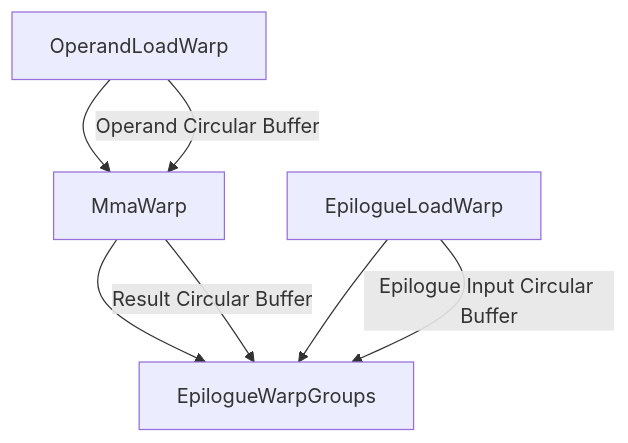
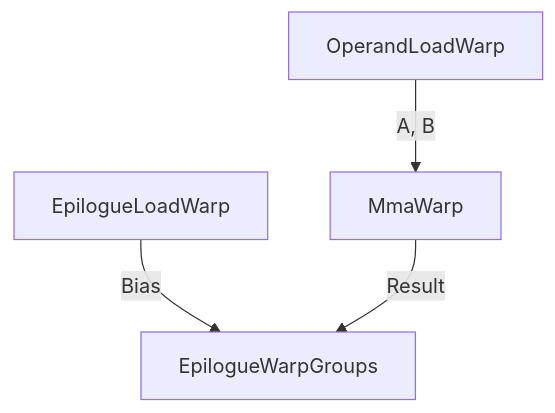
One commit to NVIDIA/Fuser changed the third of 5 diagrams in doc/dev/MultiRoleWarpSpecializationPlan.md. Above: the diagram before and after it, drawn with Mermaid. The commit also changed other lines of this file, not shown here.

Commit message:
[AI] Apply consistent styling to Blackwell dependency diagram and remove unlabeled arrows

````diff
--- a/doc/dev/MultiRoleWarpSpecializationPlan.md
+++ b/doc/dev/MultiRoleWarpSpecializationPlan.md
@@ -327,15 +329,14 @@
 ```mermaid
 graph TD
-    OLW[OperandLoadWarp] --> MW[MmaWarp]
-    ELW[EpilogueLoadWarp] --> EW[EpilogueWarpGroups]
-    MW --> EW
+    OLW[OperandLoadWarp] --> |"A, B"| MW[MmaWarp]
+    ELW[EpilogueLoadWarp] --> |"Bias"| EW[EpilogueWarpGroups]
+    MW --> |"Result"| EW
     
-    OLW --> |"Operand Circular Buffer"| MW
-    ELW --> |"Epilogue Input Circular Buffer"| EW
-    MW --> |"Result Circular Buffer"| EW
+    classDef asyncWarp fill:#lightblue
+    classDef mmaWarp fill:#lightyellow
+    classDef epilogueWarp fill:#lightgreen
     
-    style OLW fill:#lightblue
-    style ELW fill:#lightblue
-    style MW fill:#lightyellow
-    style EW fill:#lightgreen
+    class OLW,ELW asyncWarp
+    class MW mmaWarp
+    class EW epilogueWarp
 ```
````
